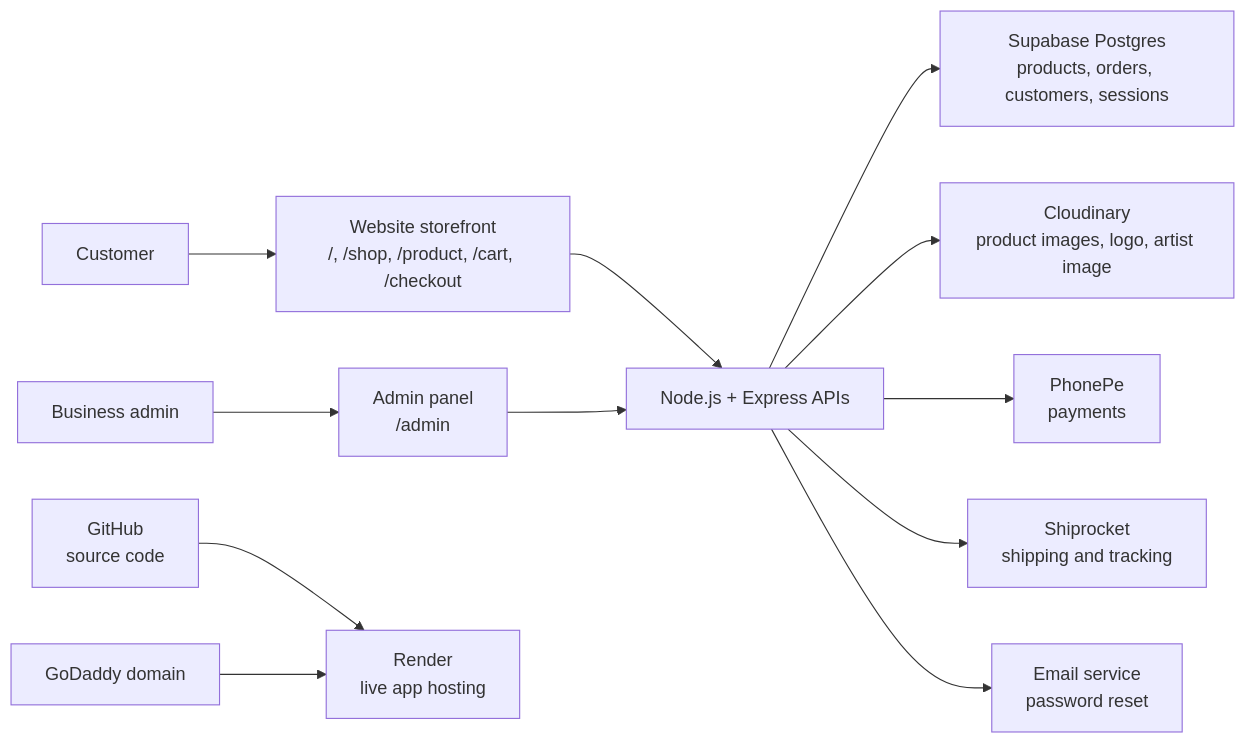
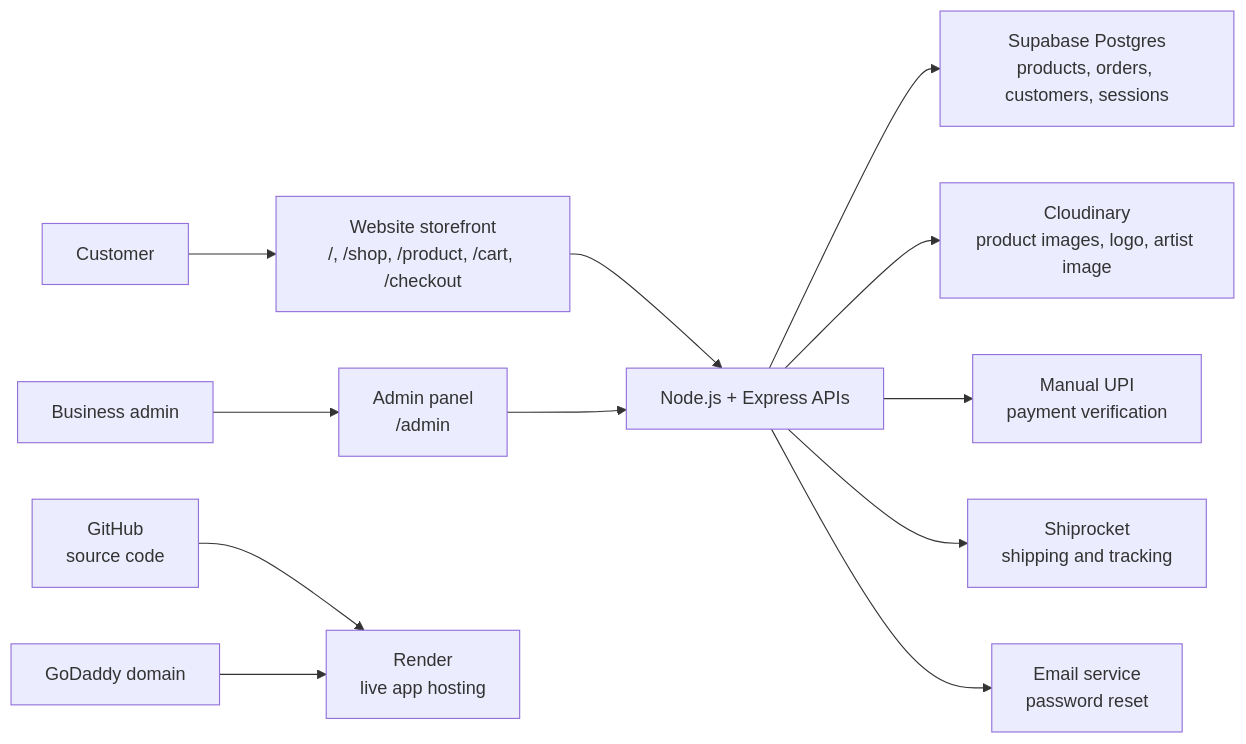
Before and after one commit to nikacreations0927/NikaArtStudio: the first of 18 diagrams in ADMIN_USER_GUIDE.md, drawn with Mermaid. The commit also changed other lines of this file and 13 other files, not shown here.

Commit message:
Switch checkout to manual UPI verification

````diff
--- a/ADMIN_USER_GUIDE.md
+++ b/ADMIN_USER_GUIDE.md
@@ -7,17 +7,17 @@
 ```mermaid
 flowchart LR
   Customer["Customer"] --> Storefront["Website storefront<br/>/, /shop, /product, /cart, /checkout"]
   Admin["Business admin"] --> AdminPanel["Admin panel<br/>/admin"]
 
   Storefront --> API["Node.js + Express APIs"]
   AdminPanel --> API
 
   API --> DB["Supabase Postgres<br/>products, orders, customers, sessions"]
   API --> Cloudinary["Cloudinary<br/>product images, logo, artist image"]
-  API --> PhonePe["PhonePe<br/>payments"]
+  API --> Payment["Manual UPI<br/>payment verification"]
   API --> Shiprocket["Shiprocket<br/>shipping and tracking"]
   API --> Email["Email service<br/>password reset"]
 
   GitHub["GitHub<br/>source code"] --> Render["Render<br/>live app hosting"]
   GoDaddy["GoDaddy domain"] --> Render
 ```
````
